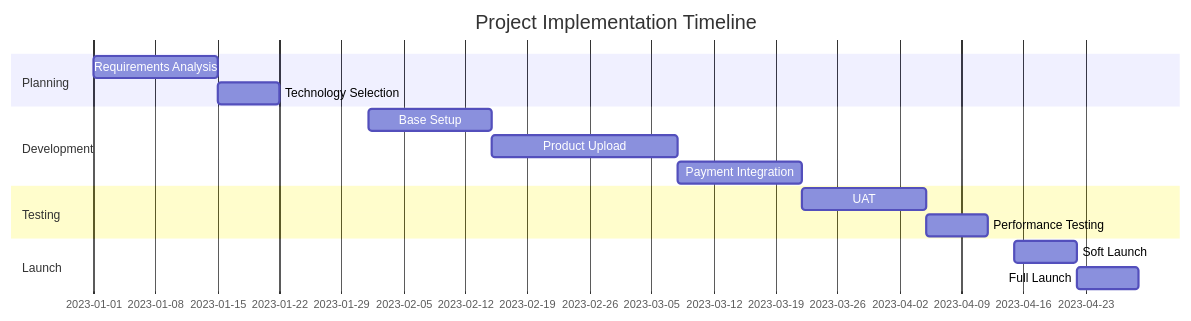
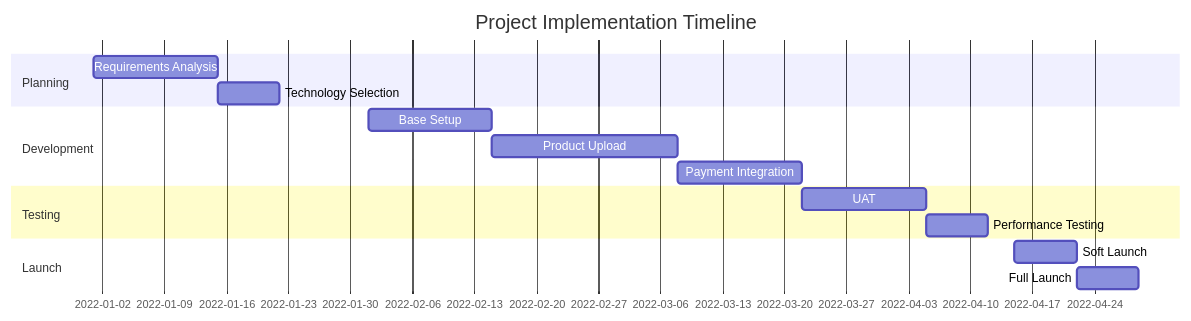
One commit to pavankakarrot/my-portfolio-website changed the second of 6 diagrams in content/projects/woocommerce/Index.md. Above: the diagram before and after it, drawn with Mermaid. The commit also changed other lines of this file, not shown here.

````diff
--- a/content/projects/woocommerce/Index.md
+++ b/content/projects/woocommerce/Index.md
@@ -98,18 +117,18 @@
 ```mermaid
 gantt
     title Project Implementation Timeline
     dateFormat  YYYY-MM-DD
     section Planning
-    Requirements Analysis   :2023-01-01, 2w
-    Technology Selection    :2023-01-15, 1w
+    Requirements Analysis   :2022-01-01, 2w
+    Technology Selection    :2022-01-15, 1w
     section Development
-    Base Setup             :2023-02-01, 2w
-    Product Upload         :2023-02-15, 3w
-    Payment Integration    :2023-03-08, 2w
+    Base Setup             :2022-02-01, 2w
+    Product Upload         :2022-02-15, 3w
+    Payment Integration    :2022-03-08, 2w
     section Testing
-    UAT                    :2023-03-22, 2w
-    Performance Testing    :2023-04-05, 1w
+    UAT                    :2022-03-22, 2w
+    Performance Testing    :2022-04-05, 1w
     section Launch
-    Soft Launch           :2023-04-15, 1w
-    Full Launch           :2023-04-22, 1w
+    Soft Launch           :2022-04-15, 1w
+    Full Launch           :2022-04-22, 1w
 ```
````
